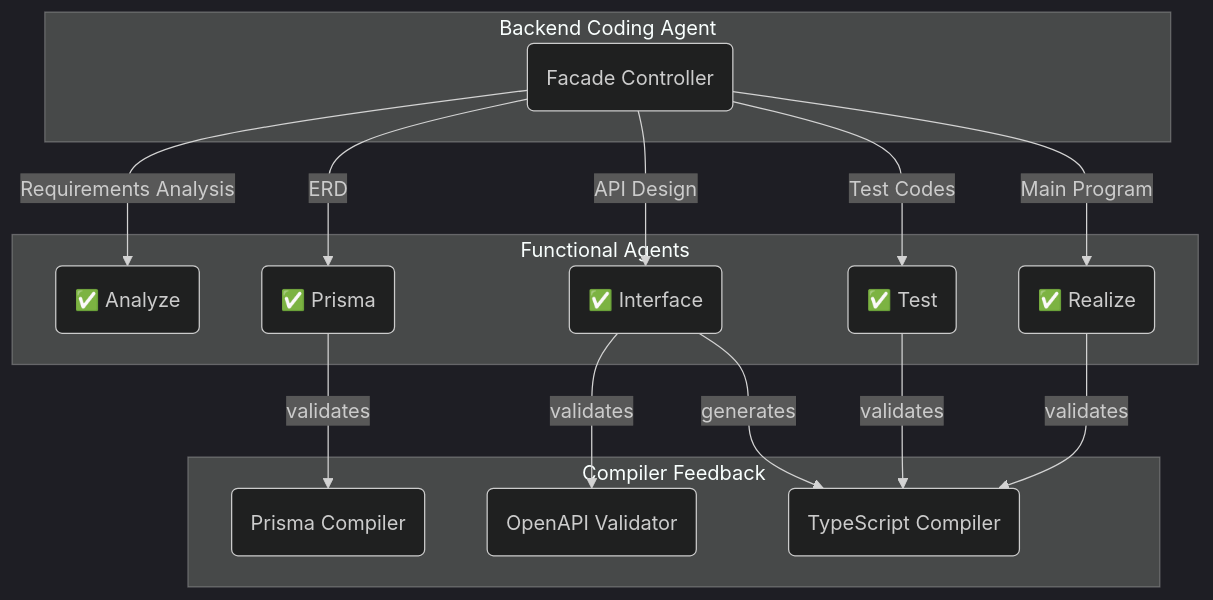
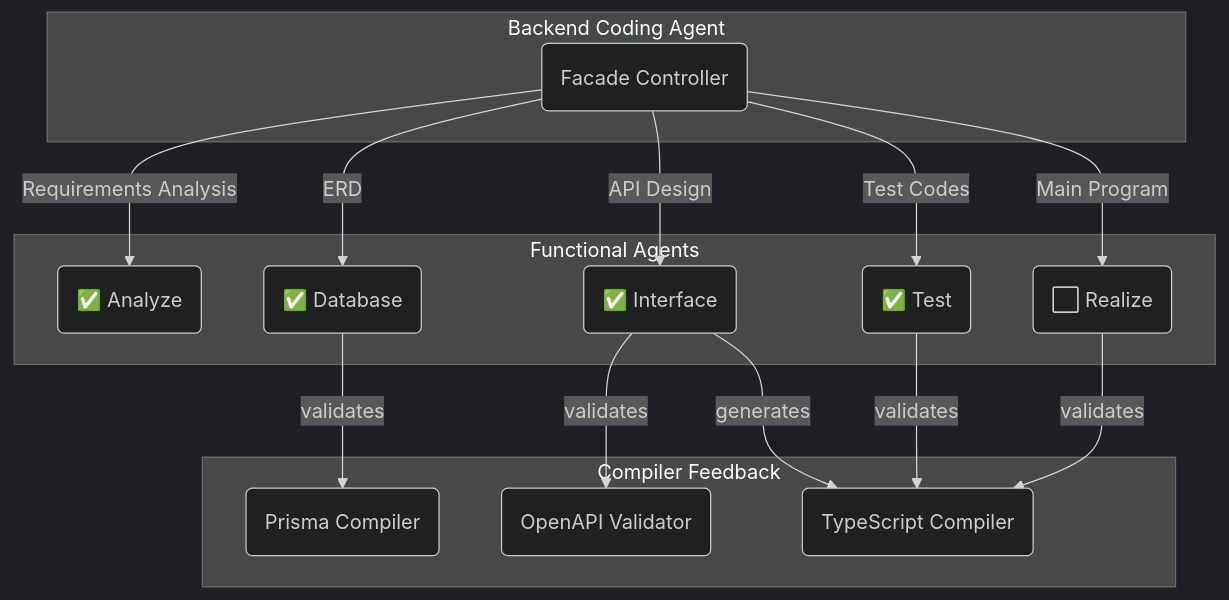
The diagram in qwen/qwen3-coder-exacto/todo/README.md (wrtnlabs/autobe-examples), drawn with Mermaid (dark theme) before and after one commit. The commit also changed other lines of this file and 9391 other files, not shown here.

````diff
--- a/qwen/qwen3-coder-exacto/todo/README.md
+++ b/qwen/qwen3-coder-exacto/todo/README.md
@@ -14,20 +14,20 @@
 ```mermaid
 flowchart
 subgraph "Backend Coding Agent"
   coder("Facade Controller")
 end
 subgraph "Functional Agents"
   coder --"Requirements Analysis"--> analyze("✅ Analyze")
-  coder --"ERD"--> prisma("✅ Prisma")
+  coder --"ERD"--> database("✅ Database")
   coder --"API Design"--> interface("✅ Interface")
   coder --"Test Codes" --> test("✅ Test")
-  coder --"Main Program" --> realize("✅ Realize")
+  coder --"Main Program" --> realize("⬜ Realize")
 end
 subgraph "Compiler Feedback"
-  prisma --"validates" --> prismaCompiler("Prisma Compiler")
+  database --"validates" --> prismaCompiler("Prisma Compiler")
   interface --"validates" --> openapiValidator("OpenAPI Validator")
   interface --"generates" --> tsCompiler("TypeScript Compiler")
   test --"validates" --> tsCompiler("TypeScript Compiler")
   realize --"validates" --> tsCompiler("TypeScript Compiler")
 end
 ```
````
